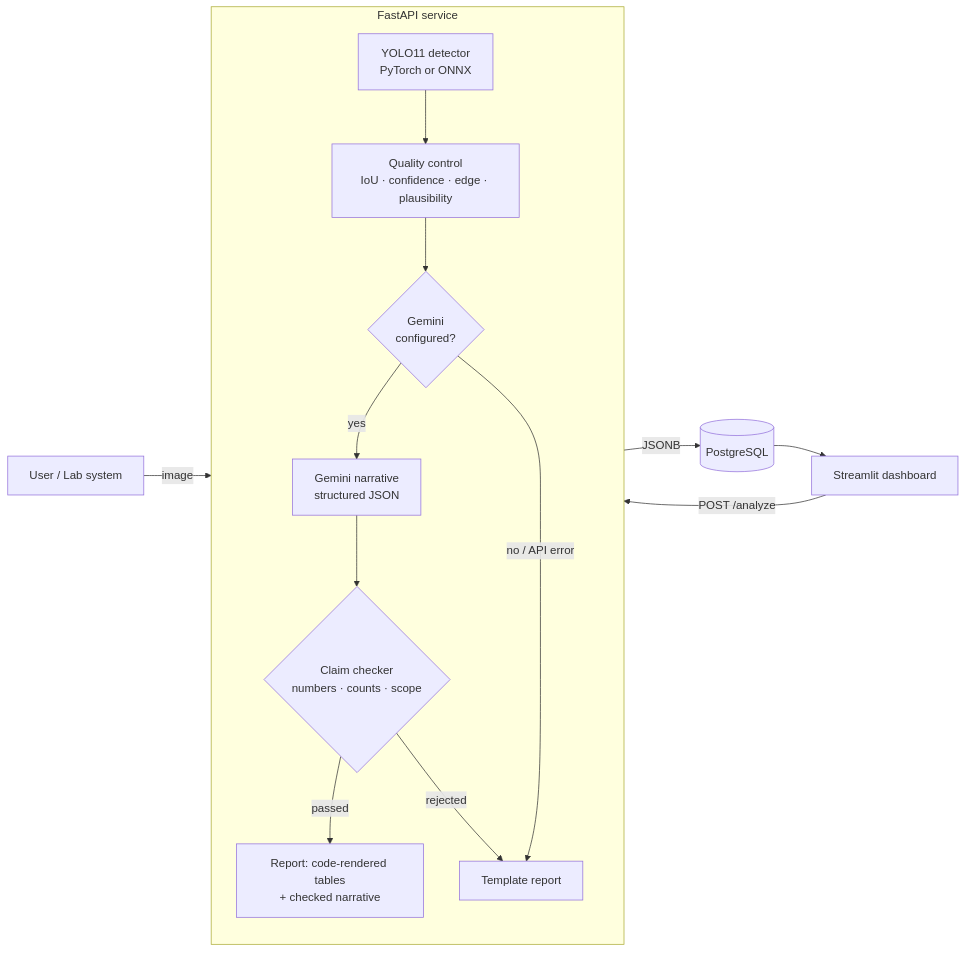
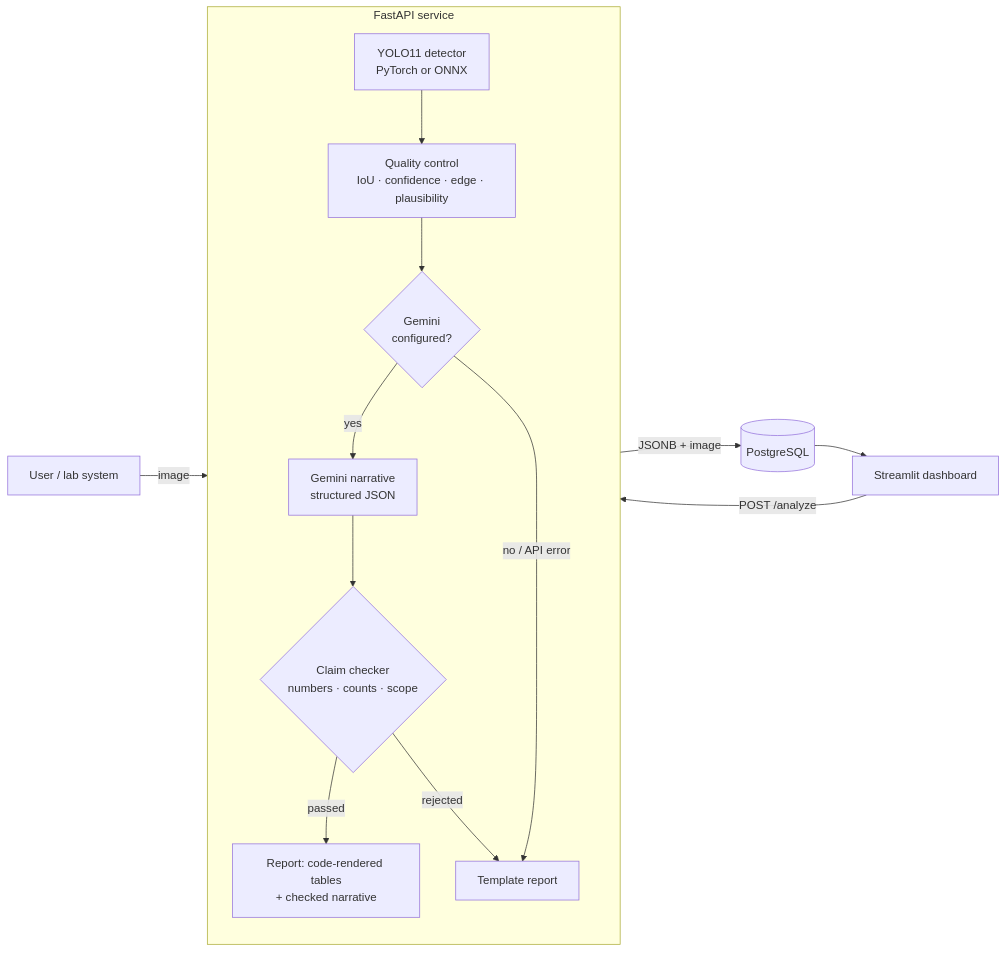
Before and after one commit to SARAHKAMYAR/blood-cell-visionops: the diagram in README.md, drawn with Mermaid. The commit also changed other lines of this file and 7 other files, not shown here.

````diff
--- a/README.md
+++ b/README.md
@@ -32,16 +23,16 @@
 ```mermaid
 flowchart LR
-    U[User / Lab system] -->|image| API
+    U[User / lab system] -->|image| API
     D[Streamlit dashboard] -->|POST /analyze| API
     subgraph API[FastAPI service]
         M[YOLO11 detector<br/>PyTorch or ONNX] --> Q[Quality control<br/>IoU · confidence · edge · plausibility]
         Q --> R{Gemini<br/>configured?}
         R -->|yes| G[Gemini narrative<br/>structured JSON]
         G --> V{Claim checker<br/>numbers · counts · scope}
         V -->|passed| L[Report: code-rendered tables<br/>+ checked narrative]
         V -->|rejected| T[Template report]
         R -->|no / API error| T
     end
-    API -->|JSONB| P[(PostgreSQL)]
+    API -->|JSONB + image| P[(PostgreSQL)]
     P --> D
 ```
````
